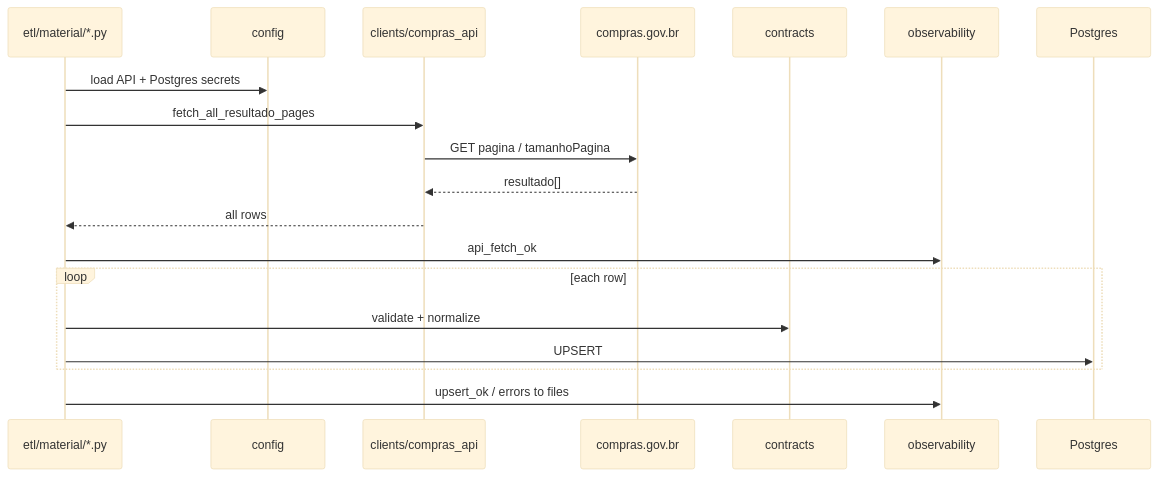
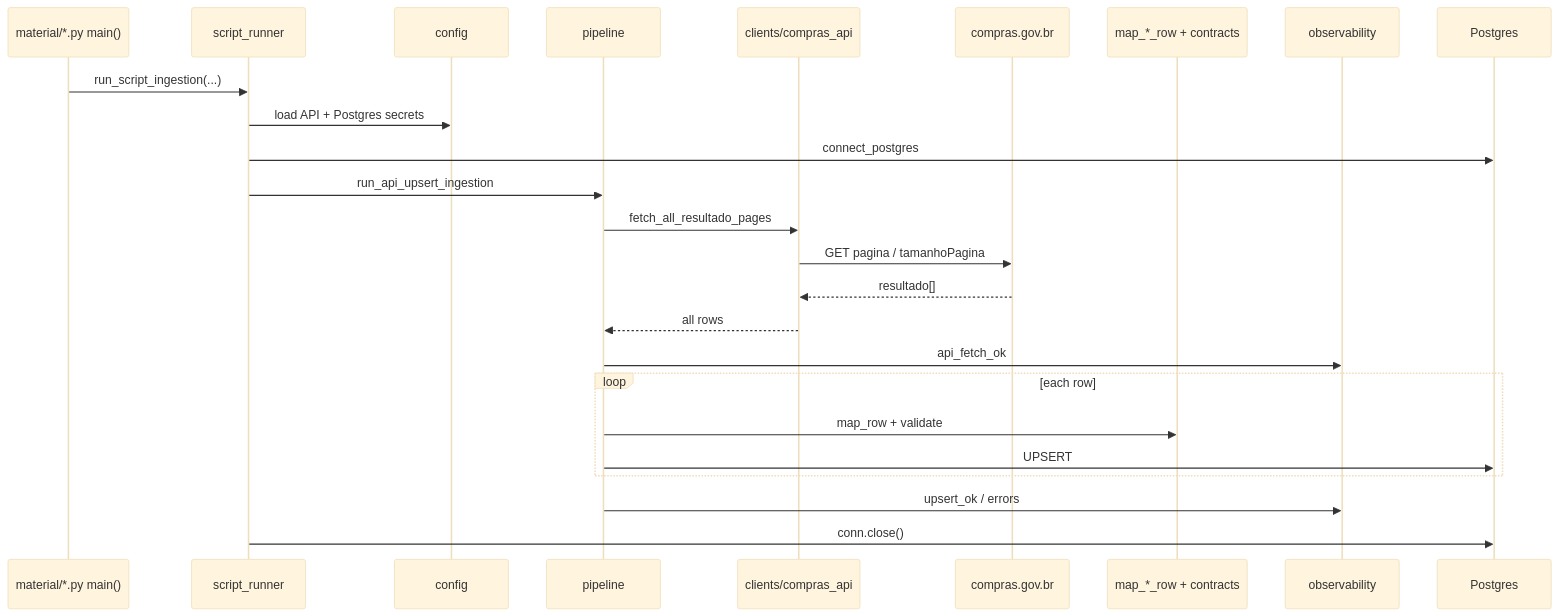
The third of 3 diagrams in docs/architecture.md (mpraes/open-gov-supply-chain-data), drawn with Mermaid (base theme) before and after one commit. The commit also changed other lines of this file and 18 other files, not shown here.

Commit message:
Refatora ingestão de material para pipeline compartilhado (db/pipeline/script_runner)

````diff
--- a/docs/architecture.md
+++ b/docs/architecture.md
@@ -81,22 +95,28 @@
 ```mermaid
 sequenceDiagram
-  participant ETL as etl/material/*.py
+  participant SCR as material/*.py main()
+  participant RUN as script_runner
   participant CFG as config
+  participant PIPE as pipeline
   participant CLI as clients/compras_api
   participant API as compras.gov.br
-  participant CTR as contracts
+  participant MAP as map_*_row + contracts
   participant LOG as observability
   participant DB as Postgres
 
-  ETL->>CFG: load API + Postgres secrets
-  ETL->>CLI: fetch_all_resultado_pages
+  SCR->>RUN: run_script_ingestion(...)
+  RUN->>CFG: load API + Postgres secrets
+  RUN->>DB: connect_postgres
+  RUN->>PIPE: run_api_upsert_ingestion
+  PIPE->>CLI: fetch_all_resultado_pages
   CLI->>API: GET pagina / tamanhoPagina
   API-->>CLI: resultado[]
-  CLI-->>ETL: all rows
-  ETL->>LOG: api_fetch_ok
+  CLI-->>PIPE: all rows
+  PIPE->>LOG: api_fetch_ok
   loop each row
-    ETL->>CTR: validate + normalize
-    ETL->>DB: UPSERT
+    PIPE->>MAP: map_row + validate
+    PIPE->>DB: UPSERT
   end
-  ETL->>LOG: upsert_ok / errors to files
+  PIPE->>LOG: upsert_ok / errors
+  RUN->>DB: conn.close()
 ```
````
